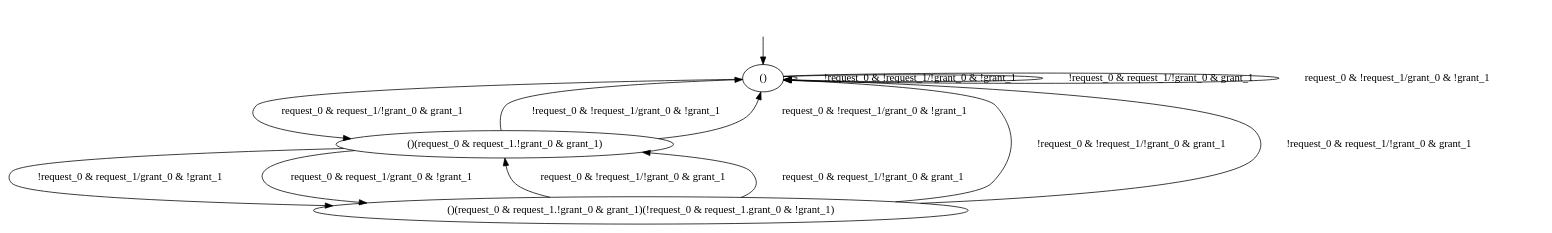
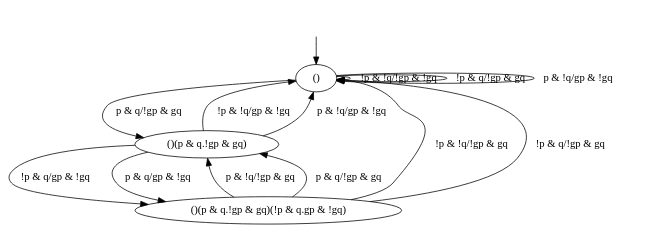
Before and after one commit to mrudu/synth-learn: the diagram in examples/ArbitersTwoProcess/example3.dot, drawn with Graphviz. The commit also changed 4 other files, not shown here.

```diff
--- a/examples/ArbitersTwoProcess/example3.dot
+++ b/examples/ArbitersTwoProcess/example3.dot
@@ -1,19 +1,19 @@
 digraph "examples/ArbitersTwoProcess/example3" {
 "()" [label="()"];
-"()(request_0 & request_1.!grant_0 & grant_1)" [label="()(request_0 & request_1.!grant_0 & grant_1)"];
-"()(request_0 & request_1.!grant_0 & grant_1)(!request_0 & request_1.grant_0 & !grant_1)" [label="()(request_0 & request_1.!grant_0 & grant_1)(!request_0 & request_1.grant_0 & !grant_1)"];
-"()" -> "()"  [label="!request_0 & !request_1/!grant_0 & !grant_1"];
-"()" -> "()"  [label="!request_0 & request_1/!grant_0 & grant_1"];
-"()" -> "()"  [label="request_0 & !request_1/grant_0 & !grant_1"];
-"()" -> "()(request_0 & request_1.!grant_0 & grant_1)"  [label="request_0 & request_1/!grant_0 & grant_1"];
-"()(request_0 & request_1.!grant_0 & grant_1)" -> "()"  [label="!request_0 & !request_1/grant_0 & !grant_1"];
-"()(request_0 & request_1.!grant_0 & grant_1)" -> "()(request_0 & request_1.!grant_0 & grant_1)(!request_0 & request_1.grant_0 & !grant_1)"  [label="!request_0 & request_1/grant_0 & !grant_1"];
-"()(request_0 & request_1.!grant_0 & grant_1)" -> "()"  [label="request_0 & !request_1/grant_0 & !grant_1"];
-"()(request_0 & request_1.!grant_0 & grant_1)" -> "()(request_0 & request_1.!grant_0 & grant_1)(!request_0 & request_1.grant_0 & !grant_1)"  [label="request_0 & request_1/grant_0 & !grant_1"];
-"()(request_0 & request_1.!grant_0 & grant_1)(!request_0 & request_1.grant_0 & !grant_1)" -> "()"  [label="!request_0 & !request_1/!grant_0 & grant_1"];
-"()(request_0 & request_1.!grant_0 & grant_1)(!request_0 & request_1.grant_0 & !grant_1)" -> "()"  [label="!request_0 & request_1/!grant_0 & grant_1"];
-"()(request_0 & request_1.!grant_0 & grant_1)(!request_0 & request_1.grant_0 & !grant_1)" -> "()(request_0 & request_1.!grant_0 & grant_1)"  [label="request_0 & !request_1/!grant_0 & grant_1"];
-"()(request_0 & request_1.!grant_0 & grant_1)(!request_0 & request_1.grant_0 & !grant_1)" -> "()(request_0 & request_1.!grant_0 & grant_1)"  [label="request_0 & request_1/!grant_0 & grant_1"];
+"()(p & q.!gp & gq)" [label="()(p & q.!gp & gq)"];
+"()(p & q.!gp & gq)(!p & q.gp & !gq)" [label="()(p & q.!gp & gq)(!p & q.gp & !gq)"];
+"()" -> "()"  [label="!p & !q/!gp & !gq"];
+"()" -> "()"  [label="!p & q/!gp & gq"];
+"()" -> "()"  [label="p & !q/gp & !gq"];
+"()" -> "()(p & q.!gp & gq)"  [label="p & q/!gp & gq"];
+"()(p & q.!gp & gq)" -> "()"  [label="!p & !q/gp & !gq"];
+"()(p & q.!gp & gq)" -> "()(p & q.!gp & gq)(!p & q.gp & !gq)"  [label="!p & q/gp & !gq"];
+"()(p & q.!gp & gq)" -> "()"  [label="p & !q/gp & !gq"];
+"()(p & q.!gp & gq)" -> "()(p & q.!gp & gq)(!p & q.gp & !gq)"  [label="p & q/gp & !gq"];
+"()(p & q.!gp & gq)(!p & q.gp & !gq)" -> "()"  [label="!p & !q/!gp & gq"];
+"()(p & q.!gp & gq)(!p & q.gp & !gq)" -> "()"  [label="!p & q/!gp & gq"];
+"()(p & q.!gp & gq)(!p & q.gp & !gq)" -> "()(p & q.!gp & gq)"  [label="p & !q/!gp & gq"];
+"()(p & q.!gp & gq)(!p & q.gp & !gq)" -> "()(p & q.!gp & gq)"  [label="p & q/!gp & gq"];
 __start0 [label="", shape=none];
 __start0 -> "()"  [label=""];
 }
```
